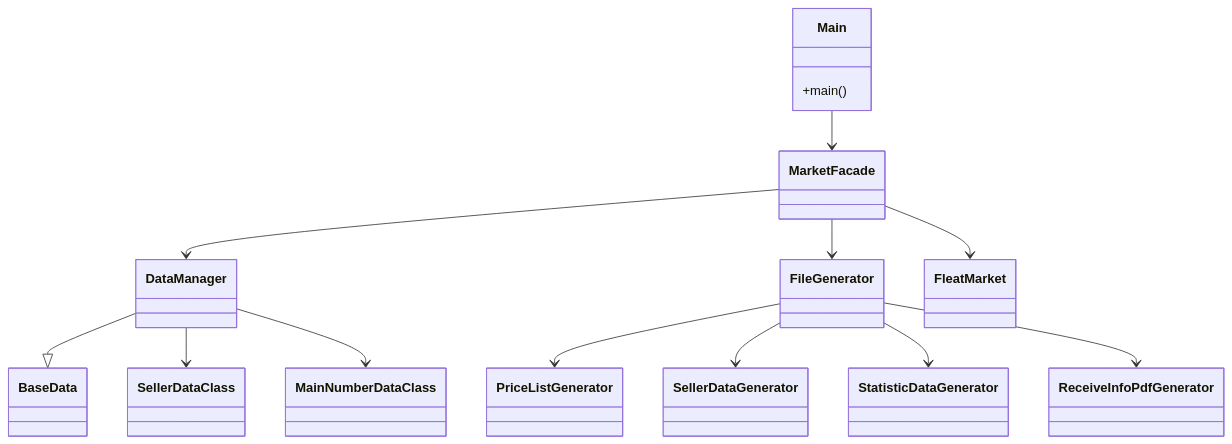
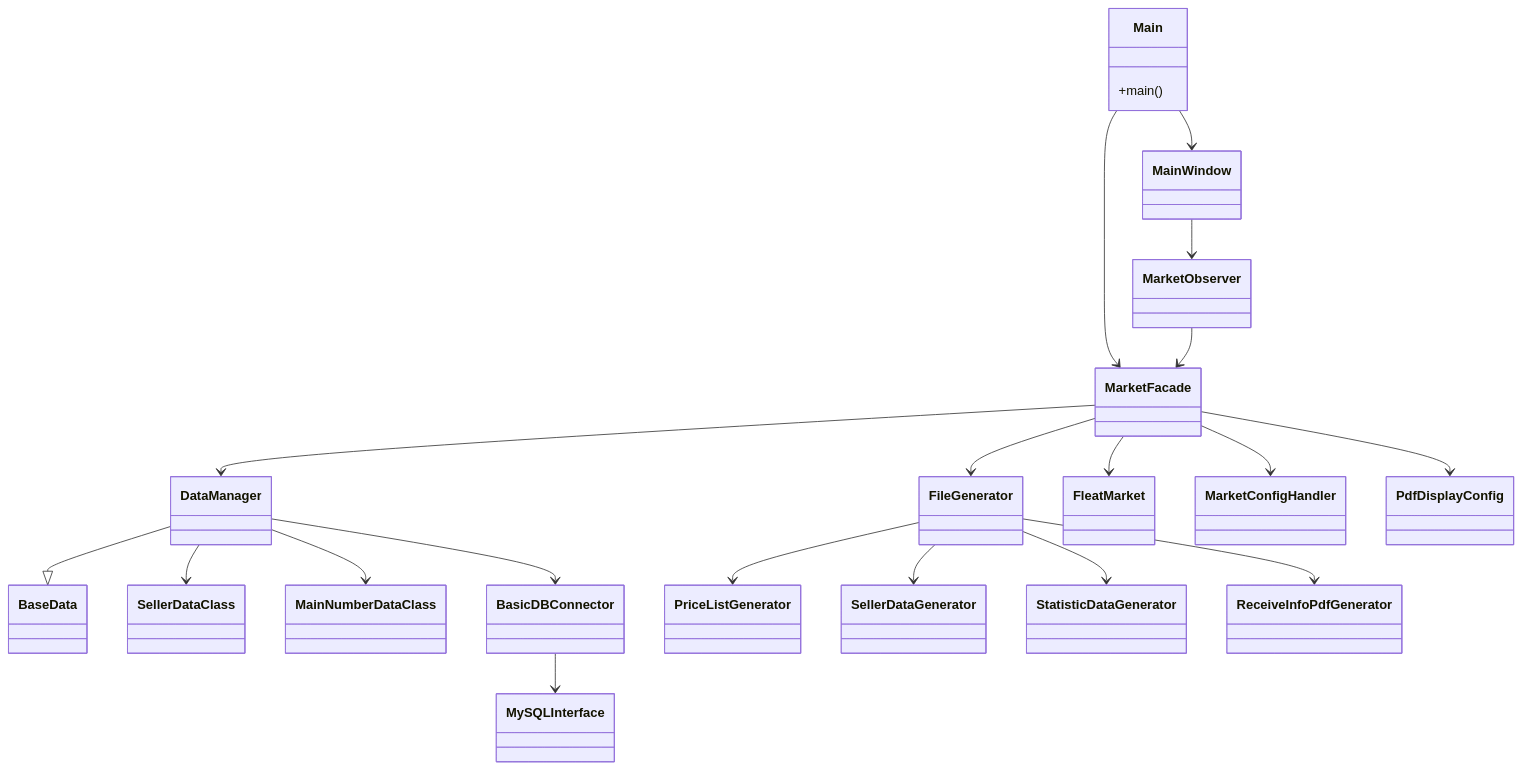
Before and after one commit to CodeName-666/VDataParser: the diagram in architecture/uml_class_diagram.md, drawn with Mermaid. The commit also changed other lines of this file and 3 other files, not shown here.

Commit message:
feat(docs): expand architecture diagrams

````diff
--- a/architecture/uml_class_diagram.md
+++ b/architecture/uml_class_diagram.md
@@ -3,29 +7,42 @@
 ```mermaid
 classDiagram
     class Main {
         +main()
     }
+    class MainWindow
+    class MarketObserver
     class MarketFacade
+    class MarketConfigHandler
+    class PdfDisplayConfig
     class DataManager
     class BaseData
+    class BasicDBConnector
+    class MySQLInterface
     class FileGenerator
     class PriceListGenerator
     class SellerDataGenerator
     class StatisticDataGenerator
     class ReceiveInfoPdfGenerator
     class FleatMarket
     class SellerDataClass
     class MainNumberDataClass
 
     Main --> MarketFacade
+    Main --> MainWindow
+    MainWindow --> MarketObserver
+    MarketObserver --> MarketFacade
     MarketFacade --> DataManager
     MarketFacade --> FileGenerator
     MarketFacade --> FleatMarket
+    MarketFacade --> MarketConfigHandler
+    MarketFacade --> PdfDisplayConfig
     DataManager --|> BaseData
     DataManager --> SellerDataClass
     DataManager --> MainNumberDataClass
+    DataManager --> BasicDBConnector
+    BasicDBConnector --> MySQLInterface
     FileGenerator --> PriceListGenerator
     FileGenerator --> SellerDataGenerator
     FileGenerator --> StatisticDataGenerator
     FileGenerator --> ReceiveInfoPdfGenerator
 ```
````
